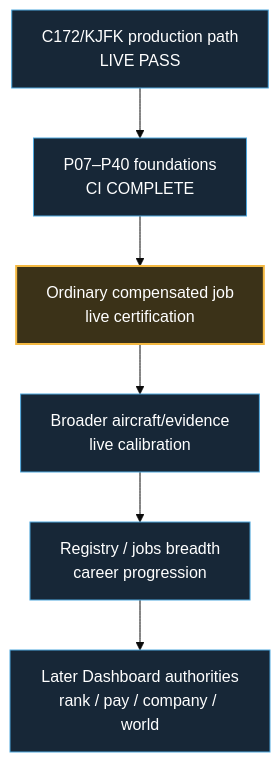
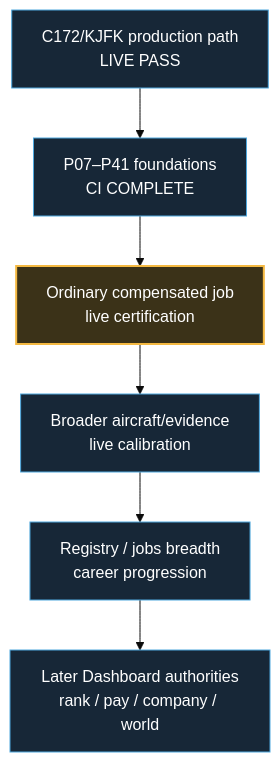
One commit to dhavalpddn-eng/OpenCareer changed the second of 2 diagrams in docs/development-master-checklist.md. Above: the diagram before and after it, drawn with Mermaid (base theme). The commit also changed other lines of this file and 2 other files, not shown here.

````diff
--- a/docs/development-master-checklist.md
+++ b/docs/development-master-checklist.md
@@ -54,13 +54,13 @@
 ```mermaid
 flowchart TD
-    A["C172/KJFK production path<br/>LIVE PASS"] --> B["P07–P40 foundations<br/>CI COMPLETE"]
+    A["C172/KJFK production path<br/>LIVE PASS"] --> B["P07–P41 foundations<br/>CI COMPLETE"]
     B --> C["Ordinary compensated job<br/>live certification"]
     C --> D["Broader aircraft/evidence<br/>live calibration"]
     D --> E["Registry / jobs breadth<br/>career progression"]
     E --> F["Later Dashboard authorities<br/>rank / pay / company / world"]
 
     classDef next fill:#3b3218,stroke:#F4B942,color:#fff,stroke-width:2px;
     classDef future fill:#172737,stroke:#4EA8DE,color:#fff,stroke-width:1px;
     class C next;
     class A,B,D,E,F future;
 ```
````
